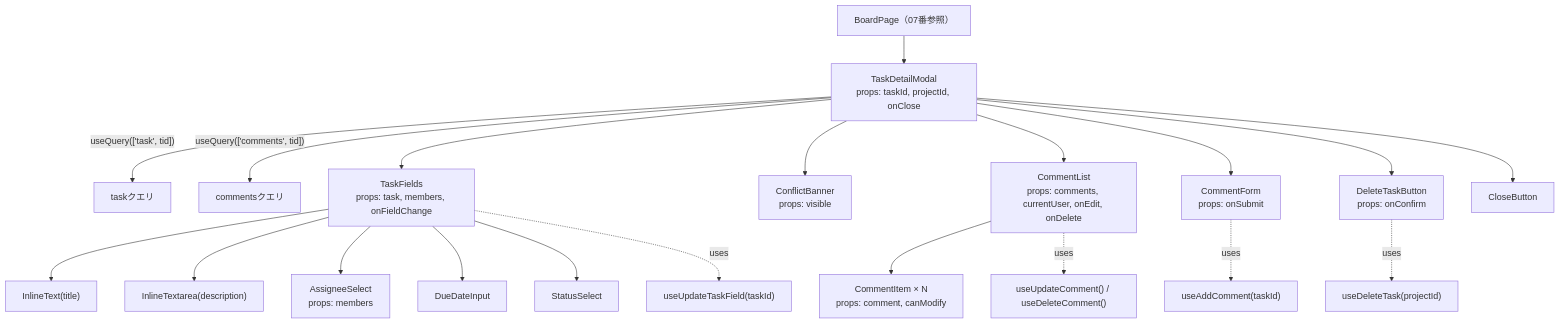
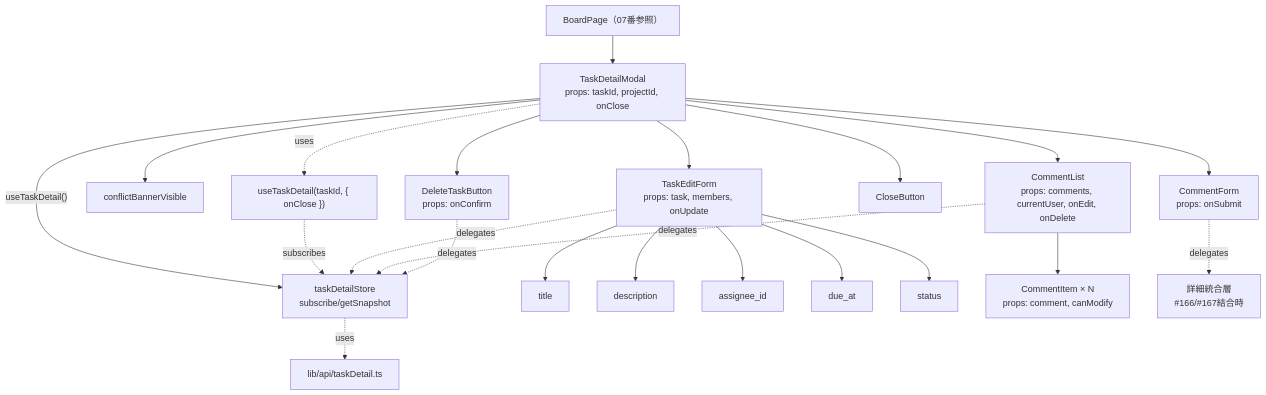
One commit to oikawa-d/task_management changed the fifth of 6 diagrams in docs/detailed_design/screen/08_task_detail_modal.md. Above: the diagram before and after it, drawn with Mermaid. The commit also changed other lines of this file and 2 other files, not shown here.

````diff
--- a/docs/detailed_design/screen/08_task_detail_modal.md
+++ b/docs/detailed_design/screen/08_task_detail_modal.md
@@ -248,23 +263,25 @@
 ```mermaid
 flowchart TB
     BP["BoardPage（07番参照）"] --> TDM["TaskDetailModal<br/>props: taskId, projectId, onClose"]
-    TDM -->|"useQuery(['task', tid])"| TQ["taskクエリ"]
-    TDM -->|"useQuery(['comments', tid])"| CQ["commentsクエリ"]
-    TDM --> TF["TaskFields<br/>props: task, members, onFieldChange"]
-    TF --> FLD_T["InlineText(title)"]
-    TF --> FLD_D["InlineTextarea(description)"]
-    TF --> FLD_A["AssigneeSelect<br/>props: members"]
-    TF --> FLD_DUE["DueDateInput"]
-    TF --> FLD_S["StatusSelect"]
-    TDM --> CB["ConflictBanner<br/>props: visible"]
+    TDM -->|"useTaskDetail()"| S["taskDetailStore<br/>subscribe/getSnapshot"]
+    TDM --> TF["TaskEditForm<br/>props: task, members, onUpdate"]
+    TF --> FLD_T["title"]
+    TF --> FLD_D["description"]
+    TF --> FLD_A["assignee_id"]
+    TF --> FLD_DUE["due_at"]
+    TF --> FLD_S["status"]
+    TDM --> CB["conflictBannerVisible"]
     TDM --> CL["CommentList<br/>props: comments, currentUser, onEdit, onDelete"]
     CL --> CI["CommentItem × N<br/>props: comment, canModify"]
     TDM --> CF["CommentForm<br/>props: onSubmit"]
     TDM --> DEL["DeleteTaskButton<br/>props: onConfirm"]
     TDM --> CLOSE["CloseButton"]
 
-    TF -.uses.-> HOOK1["useUpdateTaskField(taskId)"]
-    CF -.uses.-> HOOK2["useAddComment(taskId)"]
-    CL -.uses.-> HOOK3["useUpdateComment() / useDeleteComment()"]
-    DEL -.uses.-> HOOK4["useDeleteTask(projectId)"]
+    S -.uses.-> API["lib/api/taskDetail.ts"]
+    TDM -.uses.-> HOOK["useTaskDetail(taskId, { onClose })"]
+    HOOK -.subscribes.-> S
+    TF -.delegates.-> S
+    CL -.delegates.-> S
+    CF -.delegates.-> INT["詳細統合層<br/>#166/#167結合時"]
+    DEL -.delegates.-> S
 ```
````
